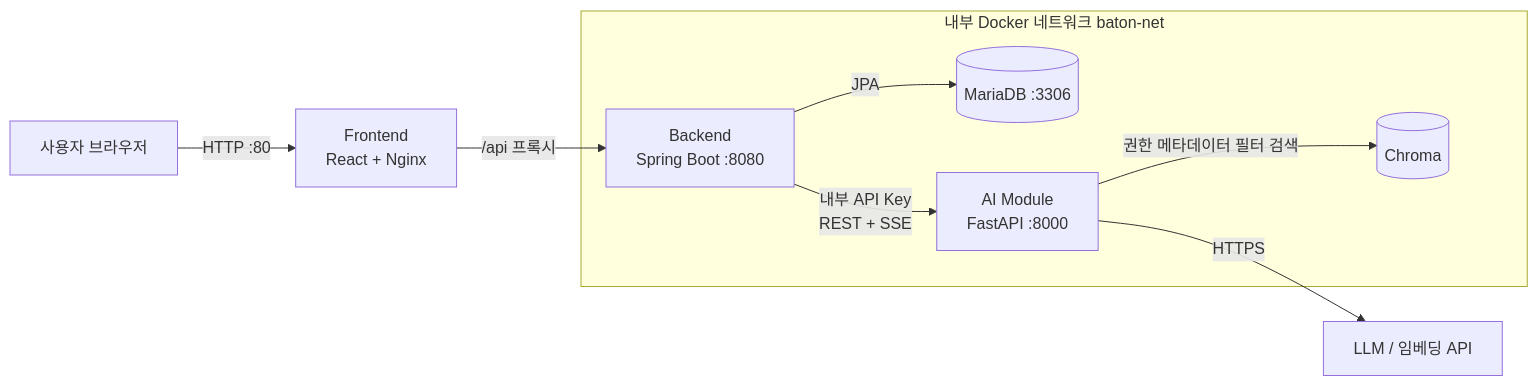
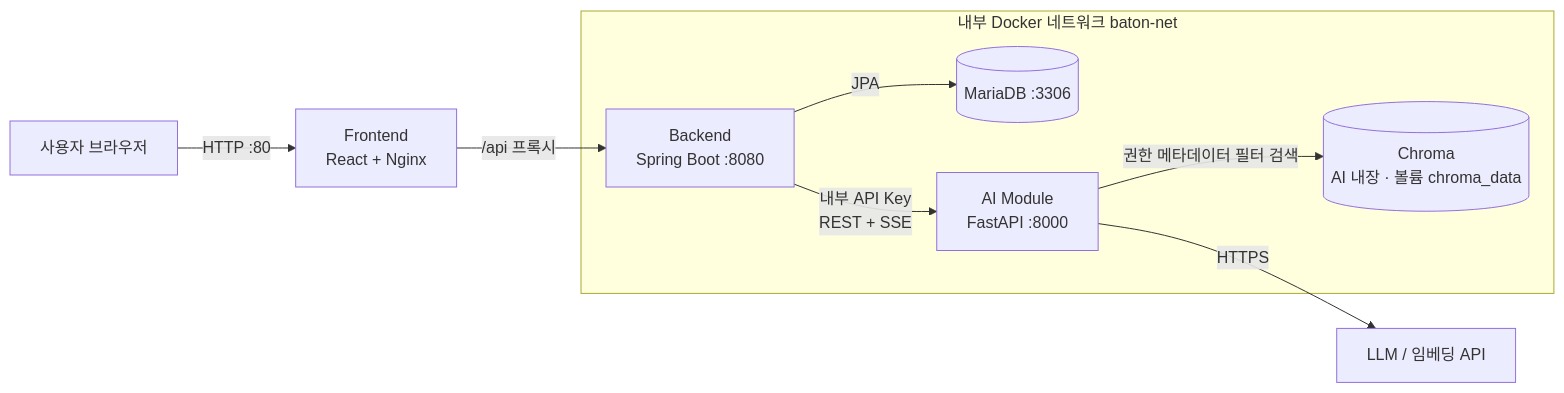
The first of 3 diagrams in docs/2.시스템아키텍처설계서.md (sheok13/baton-secure-handover), drawn with Mermaid before and after one commit. The commit also changed other lines of this file and 3 other files, not shown here.

````diff
--- a/docs/2.시스템아키텍처설계서.md
+++ b/docs/2.시스템아키텍처설계서.md
@@ -19,16 +19,16 @@
 ```mermaid
 flowchart LR
   U[사용자 브라우저] -->|HTTP :80| FE[Frontend<br/>React + Nginx]
   FE -->|/api 프록시| BE[Backend<br/>Spring Boot :8080]
   BE -->|JPA| DB[(MariaDB :3306)]
   BE -->|내부 API Key<br/>REST + SSE| AI[AI Module<br/>FastAPI :8000]
-  AI -->|권한 메타데이터 필터 검색| VDB[(Chroma)]
+  AI -->|권한 메타데이터 필터 검색| VDB[(Chroma<br/>AI 내장 · 볼륨 chroma_data)]
   AI -->|HTTPS| LLM[LLM / 임베딩 API]
 
   subgraph 내부 Docker 네트워크 baton-net
     BE
     DB
     AI
     VDB
   end
 ```
````
